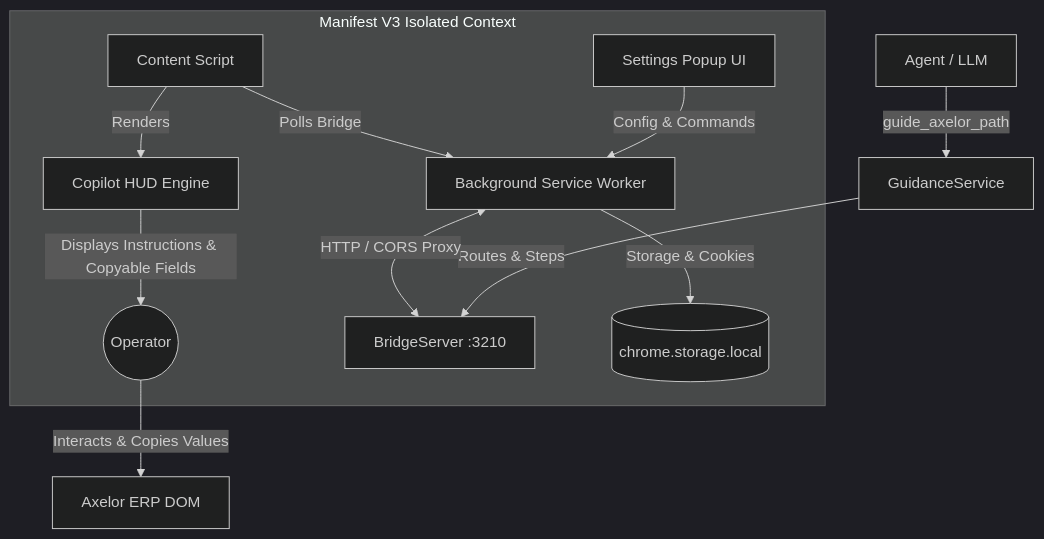
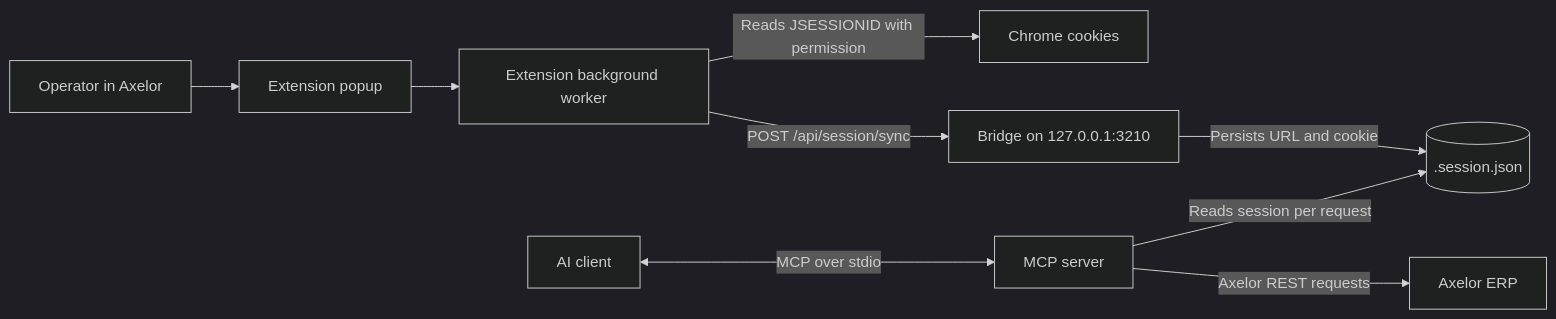
One commit to PabloBuilder/AgenticAxelor changed the diagram in .agents/docs/ARCHITECTURE.md. Above: the diagram before and after it, drawn with Mermaid (dark theme). The commit also changed other lines of this file and 49 other files, not shown here.

````diff
--- a/.agents/docs/ARCHITECTURE.md
+++ b/.agents/docs/ARCHITECTURE.md
@@ -5,15 +5,11 @@
 ```mermaid
-graph TD
-  User((Operator)) -->|Interacts & Copies Values| AxelorUI[Axelor ERP DOM]
-  MCP[Agent / LLM] -->|guide_axelor_path| GuidanceSvc[GuidanceService]
-  GuidanceSvc -->|Routes & Steps| Bridge[BridgeServer :3210]
-  
-  subgraph Chrome Extension [Manifest V3 Isolated Context]
-    Popup[Settings Popup UI] -->|Config & Commands| BgWorker[Background Service Worker]
-    BgWorker <-->|HTTP / CORS Proxy| Bridge
-    BgWorker -->|Storage & Cookies| Storage[(chrome.storage.local)]
-    ContentScript[Content Script] -->|Polls Bridge| BgWorker
-    ContentScript -->|Renders| HUD[Copilot HUD Engine]
-    HUD -->|Displays Instructions & Copyable Fields| User
-  end
+flowchart LR
+  Operator[Operator in Axelor] --> Popup[Extension popup]
+  Popup --> Background[Extension background worker]
+  Background -->|Reads JSESSIONID with permission| Browser[Chrome cookies]
+  Background -->|POST /api/session/sync| Bridge[Bridge on 127.0.0.1:3210]
+  Bridge -->|Persists URL and cookie| Session[(.session.json)]
+  Agent[AI client] <-->|MCP over stdio| MCP[MCP server]
+  MCP -->|Reads session per request| Session
+  MCP -->|Axelor REST requests| Axelor[Axelor ERP]
 ```
````
